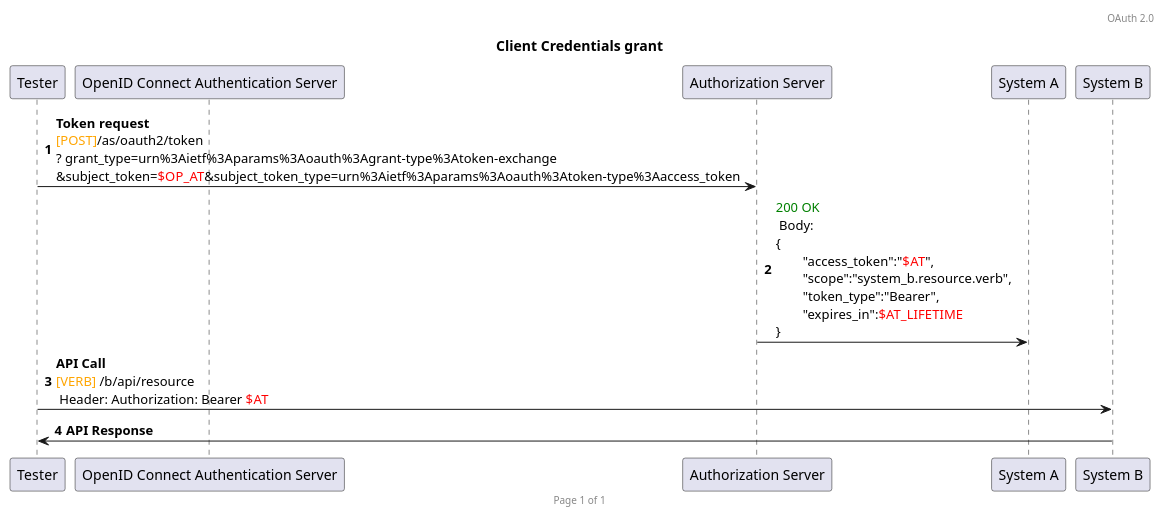
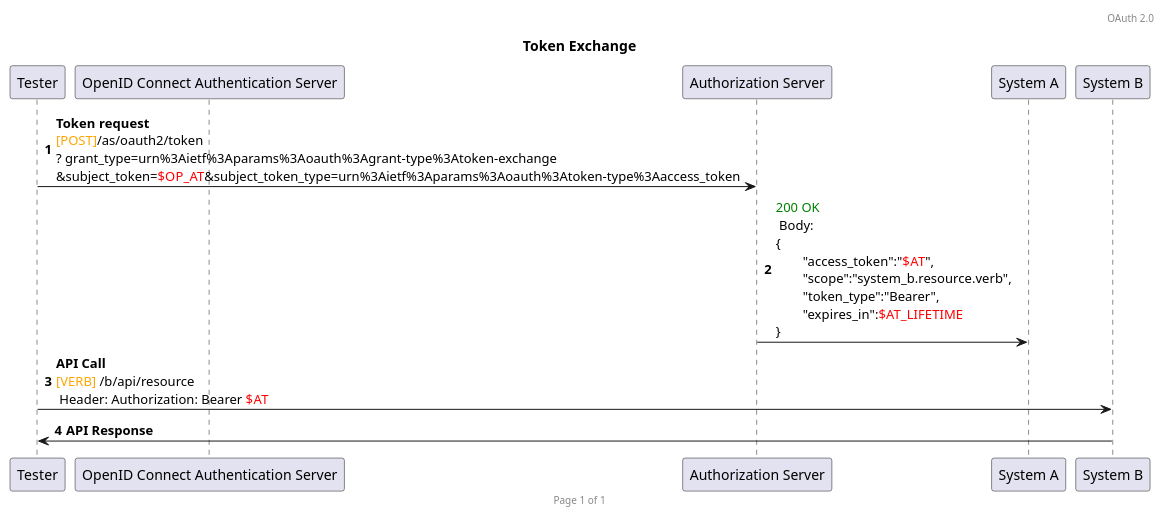
The diagram in plantuml/oauth2/token_exchange_system_impersonation.plantuml (HenriLefevrePro/Articles), drawn with PlantUML before and after one commit.

```diff
--- a/plantuml/oauth2/token_exchange_system_impersonation.plantuml
+++ b/plantuml/oauth2/token_exchange_system_impersonation.plantuml
@@ -1,20 +1,20 @@
 @startuml
 
 header OAuth 2.0
 footer Page %page% of %lastpage%
 
-title Client Credentials grant
+title Token Exchange
 autonumber
 
 participant T as "Tester"
 participant OP as "OpenID Connect Authentication Server"
 participant Auth as "Authorization Server"
 participant A as "System A"
 participant B as "System B"
 
 T -> Auth : **Token request**\n<font color=orange>[POST]</font>/as/oauth2/token\n? grant_type=urn%3Aietf%3Aparams%3Aoauth%3Agrant-type%3Atoken-exchange\n&subject_token=<font color=red>$OP_AT</font>&subject_token_type=urn%3Aietf%3Aparams%3Aoauth%3Atoken-type%3Aaccess_token
 Auth -> A : <font color=green>200 OK</font> \n Body: \n{\n\t"access_token":"<font color=red>$AT</font>",\n\t"scope":"system_b.resource.verb",\n\t"token_type":"Bearer",\n\t"expires_in":<font color=red>$AT_LIFETIME</font>\n}
 
 T -> B : **API Call** \n<font color=orange>[VERB]</font> /b/api/resource\n Header: Authorization: Bearer <font color=red>$AT</font>
 B -> T : **API Response**
 @enduml
```
